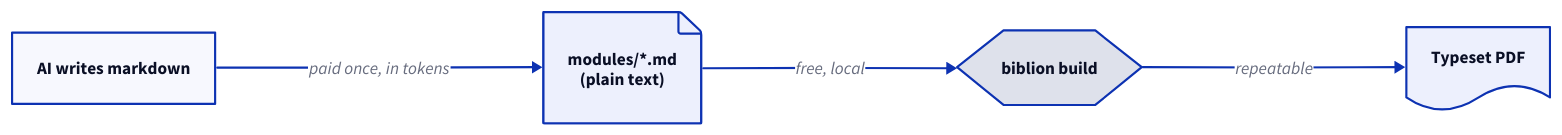
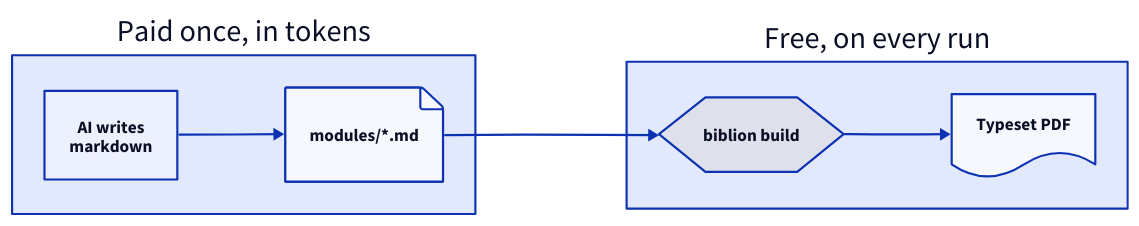
One commit to ShivamMalge/Biblion changed the first of 5 diagrams in examples/diagram-tour/modules/01_diagrams.md. Above: the diagram before and after it, drawn with D2. The commit also changed 8 other files, not shown here.

````diff
--- a/examples/diagram-tour/modules/01_diagrams.md
+++ b/examples/diagram-tour/modules/01_diagrams.md
@@ -13,23 +13,23 @@
 ```d2
 direction: right
 
-ai: "AI writes markdown" {
-  shape: rectangle
+paid: "Paid once, in tokens" {
+  ai: "AI writes\nmarkdown"
+  md: "modules/*.md" {
+    shape: page
+  }
+  ai -> md
 }
 
-md: "modules/*.md\n(plain text)" {
-  shape: page
+free: "Free, on every run" {
+  biblion: "biblion build" {
+    shape: hexagon
+  }
+  pdf: "Typeset PDF" {
+    shape: document
+  }
+  biblion -> pdf
 }
 
-biblion: "biblion build" {
-  shape: hexagon
-}
-
-pdf: "Typeset PDF" {
-  shape: document
-}
-
-ai -> md: "paid once, in tokens"
-md -> biblion: "free, local"
-biblion -> pdf: "repeatable"
+paid.md -> free.biblion
 ```
````
